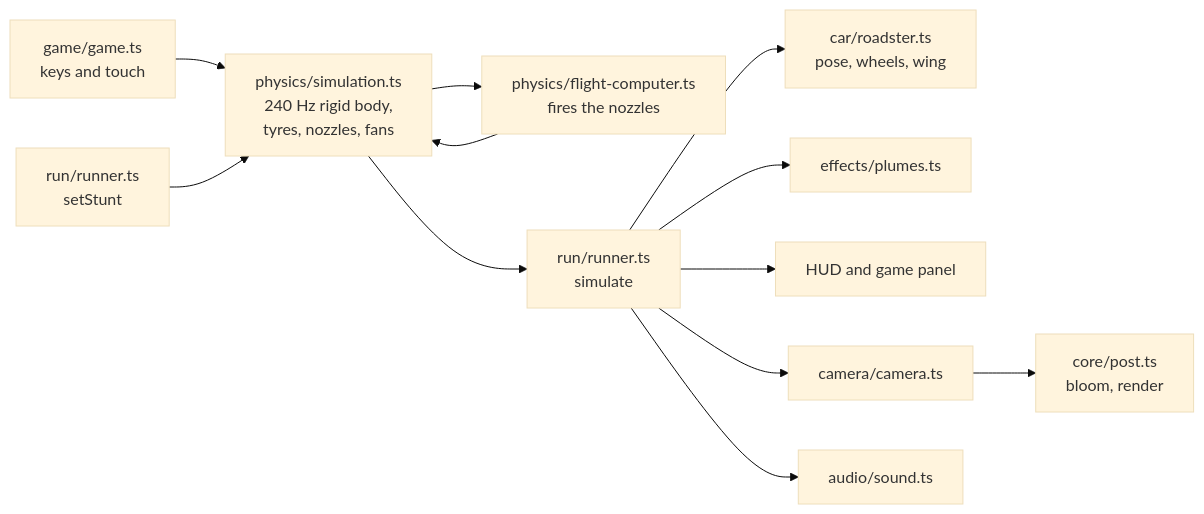
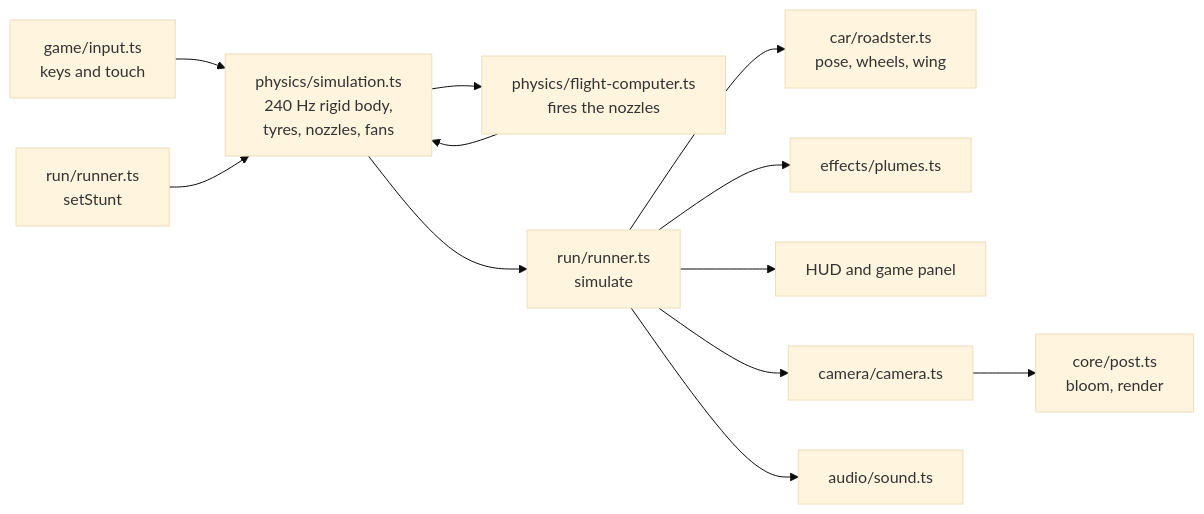
Before and after one commit to Aashishgtbit/roadster-liftoff: the diagram in CONTRIBUTING.md, drawn with Mermaid (base theme). The commit also changed other lines of this file and 30 other files, not shown here.

````diff
--- a/CONTRIBUTING.md
+++ b/CONTRIBUTING.md
@@ -17,14 +17,14 @@
 ```mermaid
 flowchart LR
-  input[game/game.ts<br>keys and touch] --> sim
+  input[game/input.ts<br>keys and touch] --> sim
   stunt[run/runner.ts<br>setStunt] --> sim
   sim[physics/simulation.ts<br>240 Hz rigid body,<br>tyres, nozzles, fans] --> fc[physics/flight-computer.ts<br>fires the nozzles]
   fc --> sim
   sim --> runner[run/runner.ts<br>simulate]
   runner --> car[car/roadster.ts<br>pose, wheels, wing]
   runner --> plumes[effects/plumes.ts]
   runner --> hud[HUD and game panel]
   runner --> camera[camera/camera.ts]
   runner --> sound[audio/sound.ts]
   camera --> post[core/post.ts<br>bloom, render]
 ```
````
